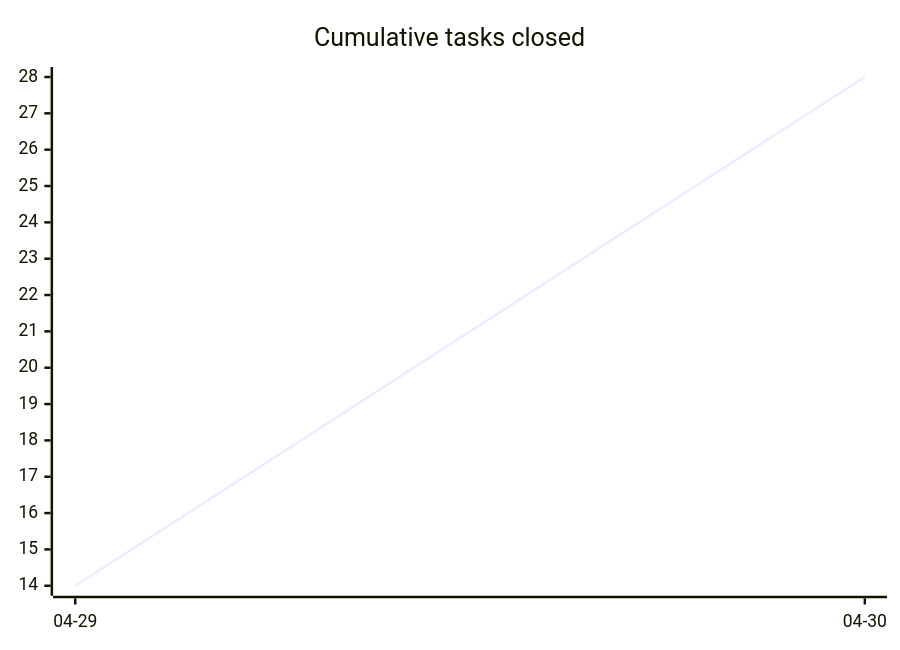
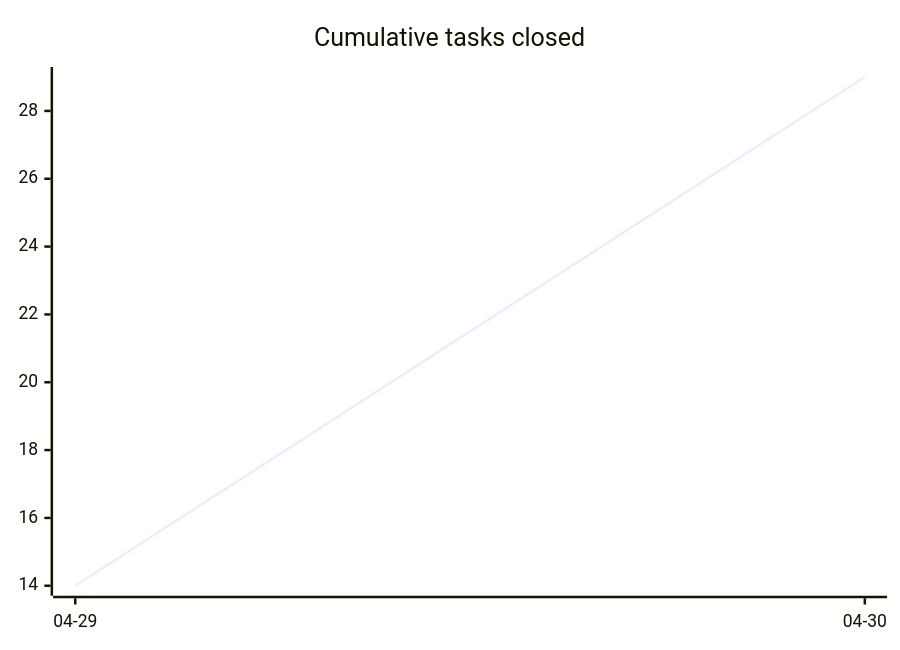
The first of 3 diagrams in docs/developers/tasks/OVERVIEW.md (tgd1975/AwesomeStudioPedal), drawn with Mermaid before and after one commit. The commit also changed other lines of this file and 4 other files, not shown here.

````diff
--- a/docs/developers/tasks/OVERVIEW.md
+++ b/docs/developers/tasks/OVERVIEW.md
@@ -20,6 +20,6 @@
 ```mermaid
 xychart-beta
     title "Cumulative tasks closed"
     x-axis ["04-29", "04-30"]
-    line [14, 28]
+    line [14, 29]
 ```
````
